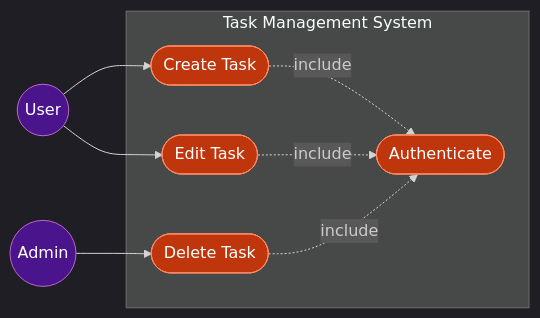
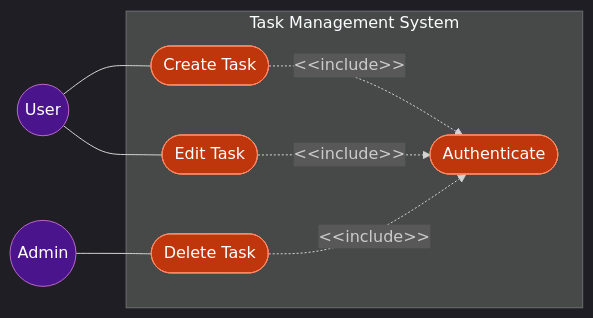
Diagram 48 of 51 in plugins/sdd-workflow/shared/references/mermaid_notation_rules.md (ToshikiImagawa/ai-sdd-workflow), drawn with Mermaid before and after one commit. The commit also changed other lines of this file and 48 other files, not shown here.

First line of the commit message:
v3.0.1: Mermaid記法のUML標準準拠とsdd-init設定管理機能の追加 (#35)

````diff
--- a/plugins/sdd-workflow/shared/references/mermaid_notation_rules.md
+++ b/plugins/sdd-workflow/shared/references/mermaid_notation_rules.md
@@ -969,24 +973,24 @@
 ```mermaid
 %%{init: {'theme': 'dark'}}%%
 flowchart LR
     User((User))
     Admin((Admin))
 
     subgraph System [Task Management System]
         UC1(["Create Task"])
         UC2(["Edit Task"])
         UC3(["Delete Task"])
         UC4(["Authenticate"])
     end
 
-    User --> UC1
-    User --> UC2
-    Admin --> UC3
-    UC1 -. include .-> UC4
-    UC2 -. include .-> UC4
-    UC3 -. include .-> UC4
+    User --- UC1
+    User --- UC2
+    Admin --- UC3
+    UC1 -.->|"&lt;&lt;include&gt;&gt;"| UC4
+    UC2 -.->|"&lt;&lt;include&gt;&gt;"| UC4
+    UC3 -.->|"&lt;&lt;include&gt;&gt;"| UC4
     classDef actor fill:#4a148c,stroke:#ba68c8,color:#fff
     classDef usecase fill:#bf360c,stroke:#ff8a65,color:#fff
     class User,Admin actor
     class UC1,UC2,UC3,UC4 usecase
 ```
````
